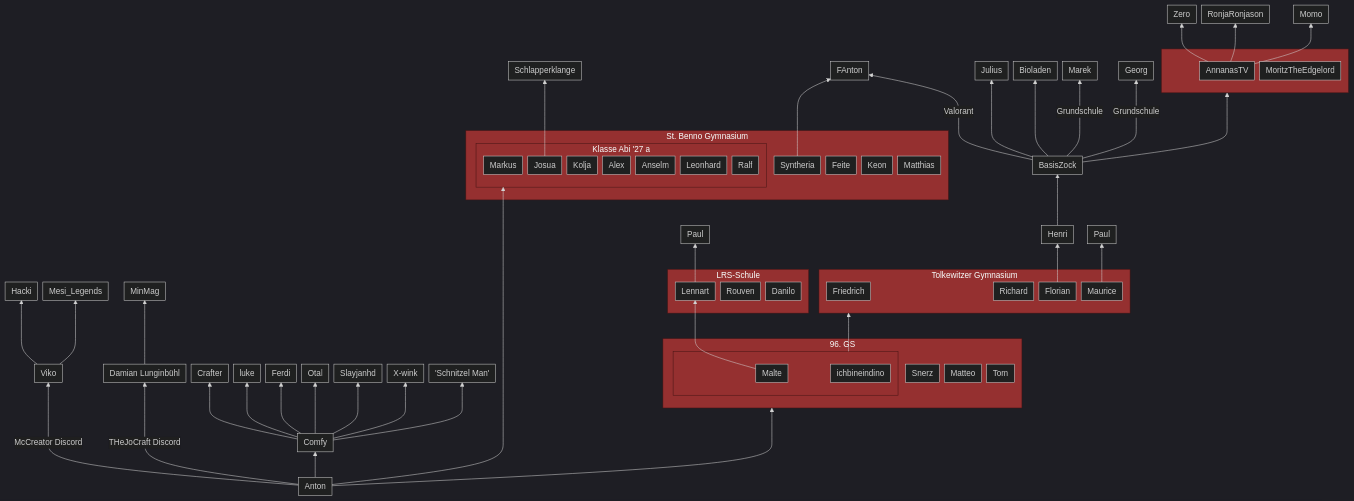
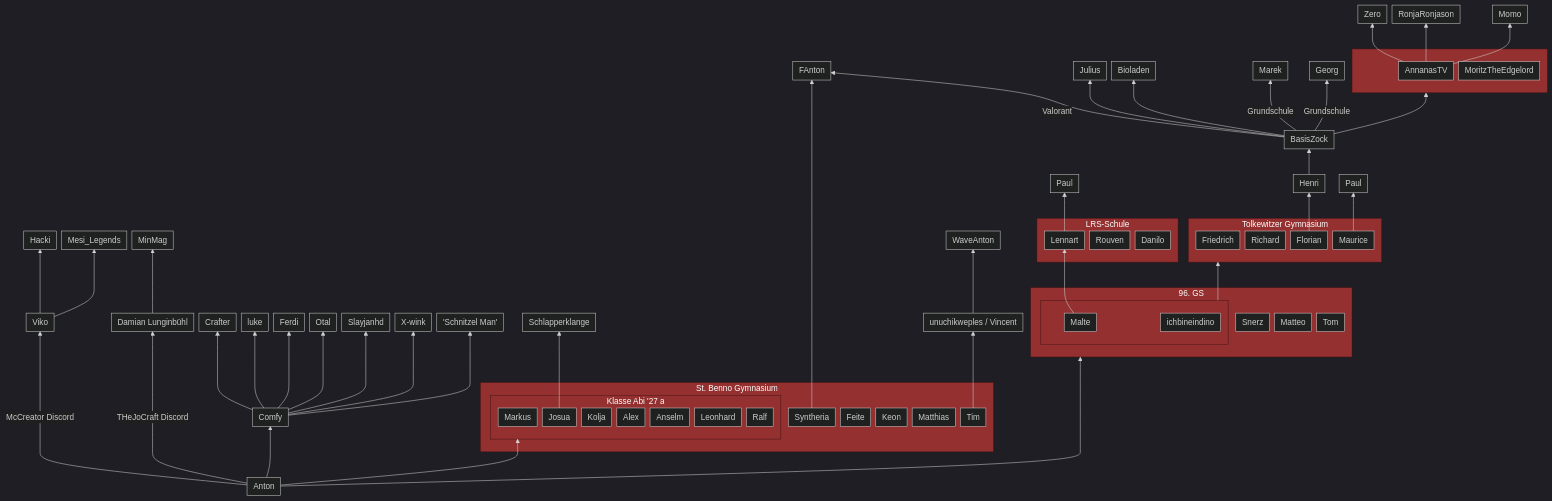
One commit to Blazes-Meta/assets changed the diagram in Stammbaum.md. Above: the diagram before and after it, drawn with Mermaid.

```diff
--- a/Stammbaum.md
+++ b/Stammbaum.md
@@ -39,8 +39,11 @@
     Feite
     PearlyPinky[Keon]
     Matthias
+    Gwanchy[Tim]
 end
 Syntheria --> FAnton
+Gwanchy --> AZ-Gaming[unuchikweples / Vincent]
+AZ-Gaming --> WaveAnton
 
 joshi --> Schlapperklange
 
```
